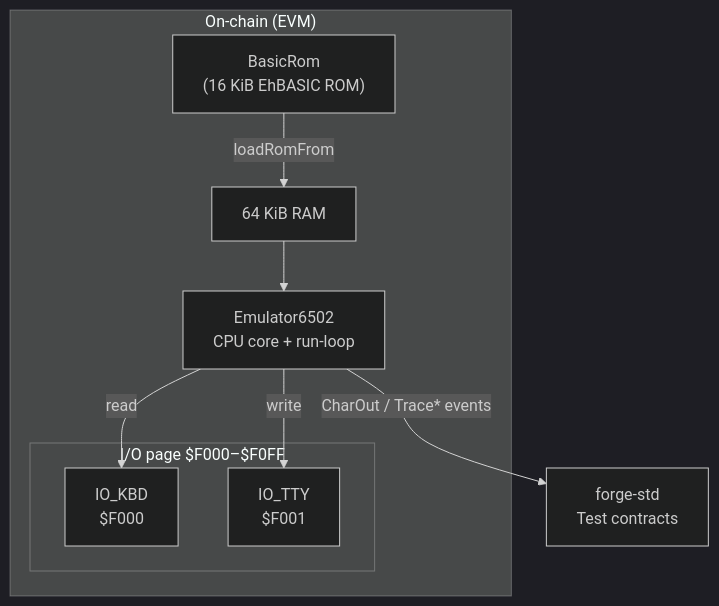
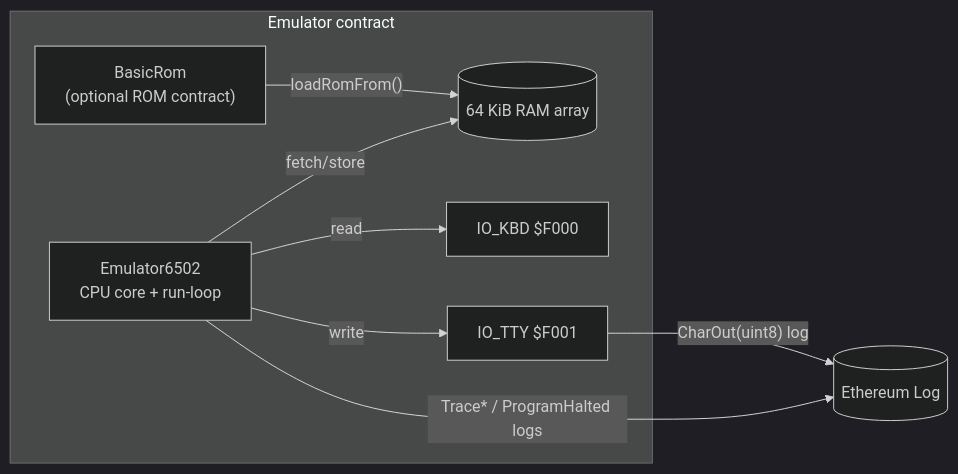
One commit to crazyrabbitLTC/6502-EVM-Emulator changed the diagram in README.md. Above: the diagram before and after it, drawn with Mermaid (dark theme). The commit also changed other lines of this file, not shown here.

Commit message:
better system diagram

````diff
--- a/README.md
+++ b/README.md
@@ -7,25 +7,17 @@
 ```mermaid
-graph TD
-
-    %% Off‑chain test harness
-    T["forge‑std<br/>Test contracts"]
-
-    %% On‑chain components
-    subgraph "On‑chain (EVM)"
-        BasicRom["BasicRom<br/>(16 KiB EhBASIC ROM)"]
-        RAM["64 KiB RAM"]
+graph LR
+    subgraph "Emulator contract"
+        BasicRom["BasicRom<br/>(optional ROM contract)"]
+        RAM[(64 KiB RAM array)]
         CPU["Emulator6502<br/>CPU core + run‑loop"]
-
-        subgraph "I/O page $F000–$F0FF"
-            KBD["IO_KBD<br/>$F000"]
-            TTY["IO_TTY<br/>$F001"]
-        end
+        KBD["IO_KBD $F000"]
+        TTY["IO_TTY $F001"]
     end
 
-    %% Data‐flow arrows
-    BasicRom -->|loadRomFrom| RAM
-    RAM --> CPU
-    CPU -- read --> KBD
-    CPU -- write --> TTY
-    CPU -- "CharOut / Trace* events" --> T
+    BasicRom -- loadRomFrom() --> RAM
+    CPU -->|fetch/store| RAM
+    CPU -->|read| KBD
+    CPU -->|write| TTY
+    TTY -- CharOut(uint8) log --> EVM[(Ethereum Log)]
+    CPU -- Trace* / ProgramHalted logs --> EVM
 ```
````
